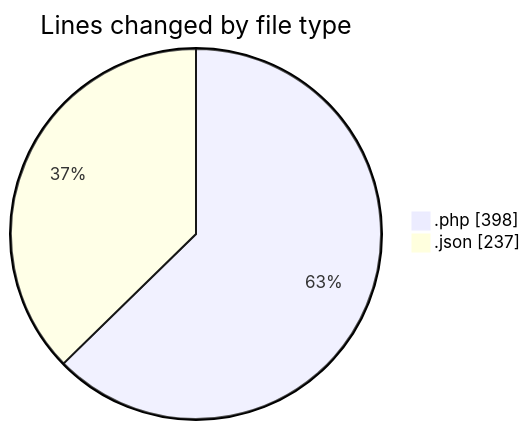
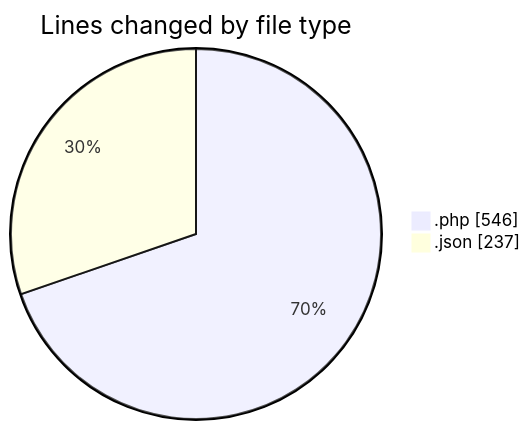
Before and after one commit to idhammustaqopulfikri/code-tracking: the first of 2 diagrams in 2025-06-15/studio-backend/README.md, drawn with Mermaid. The commit also changed other lines of this file and 1 other file, not shown here.

````diff
--- a/2025-06-15/studio-backend/README.md
+++ b/2025-06-15/studio-backend/README.md
@@ -25,6 +26,6 @@
 ```mermaid
 pie showData
 title Lines changed by file type
-".php" : 398
+".php" : 546
 ".json" : 237
 ```
````
